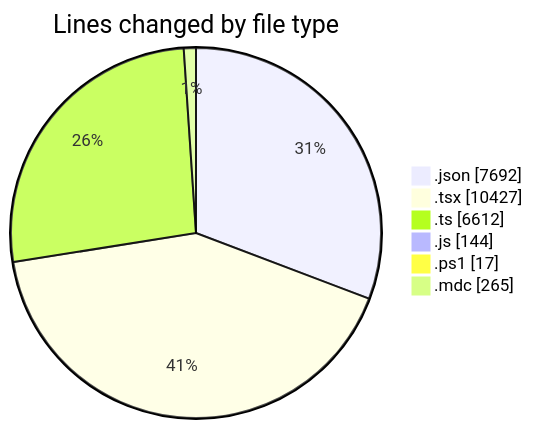
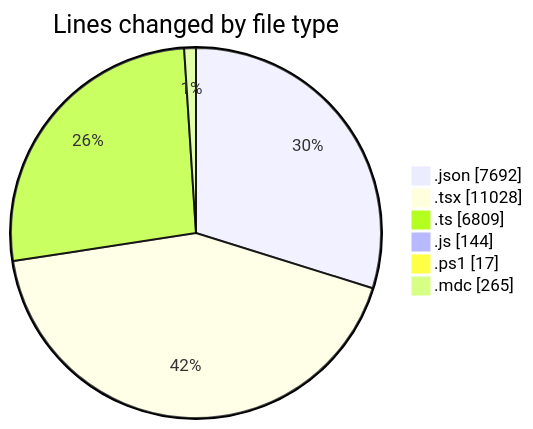
Before and after one commit to CELIANVF/code-tracking: the first of 2 diagrams in 2025-06-10/ecodeli-1/README.md, drawn with Mermaid. The commit also changed other lines of this file and 1 other file, not shown here.

````diff
--- a/2025-06-10/ecodeli-1/README.md
+++ b/2025-06-10/ecodeli-1/README.md
@@ -78,10 +81,10 @@
 ```mermaid
 pie showData
 title Lines changed by file type
 ".json" : 7692
-".tsx" : 10427
-".ts" : 6612
+".tsx" : 11028
+".ts" : 6809
 ".js" : 144
 ".ps1" : 17
 ".mdc" : 265
 ```
````
